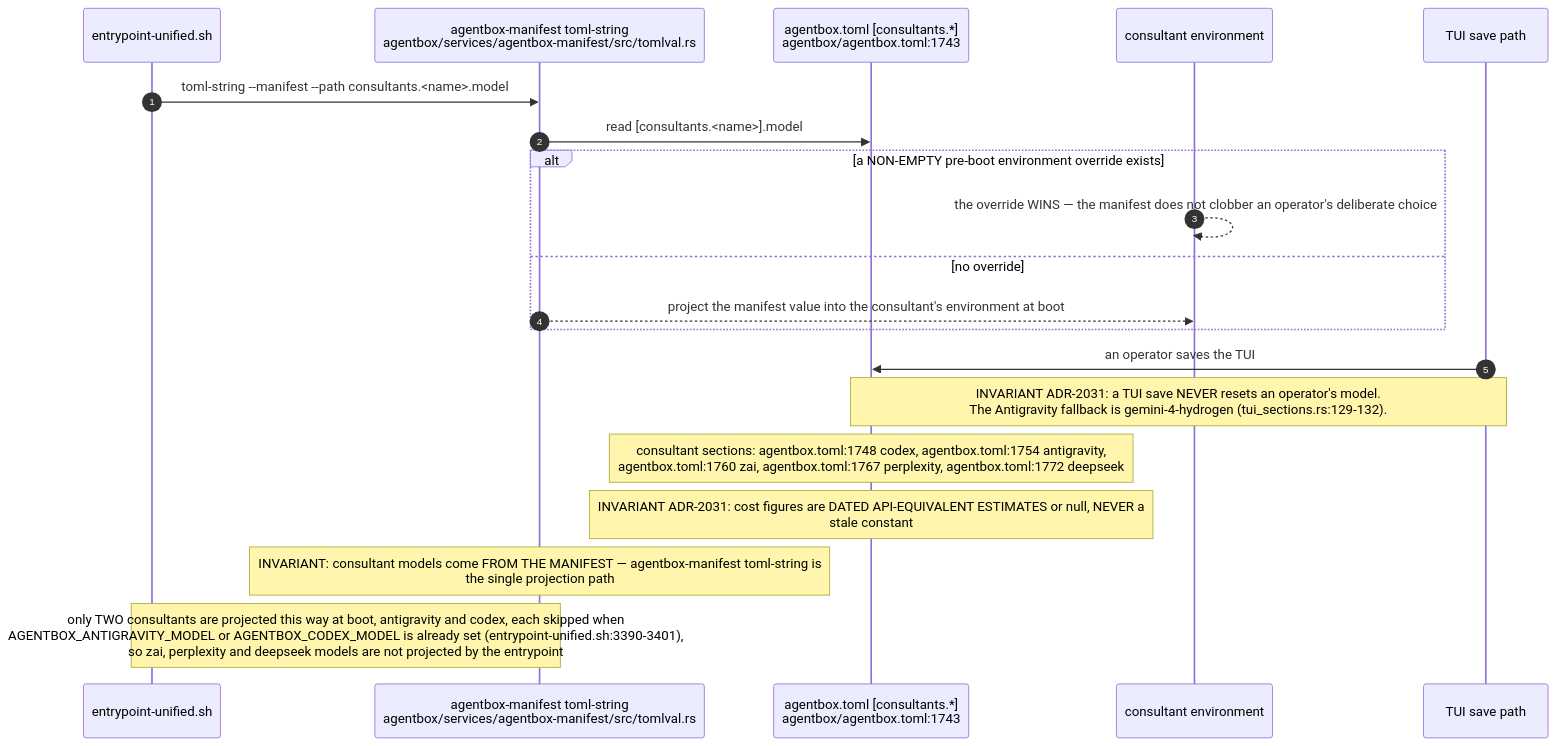
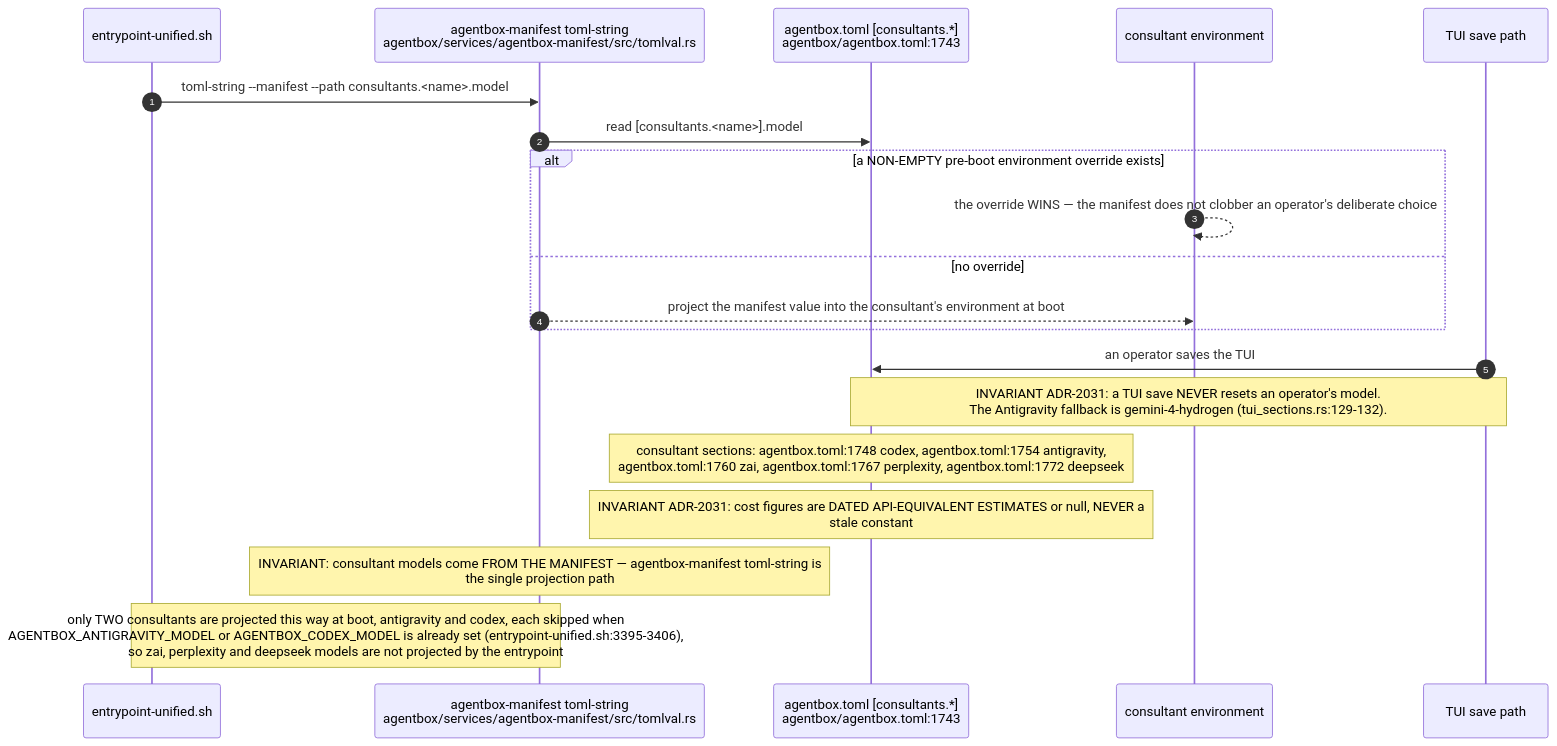
One commit to DreamLab-AI/VisionFlow changed the third of 11 diagrams in docs/diagrams/agentbox/28-agentbox-services-and-manifest-binary.md. Above: the diagram before and after it, drawn with Mermaid. The commit also changed other lines of this file and 6 other files, not shown here.

First line of the commit message:
docs(diagrams): agentbox pass B at agentbox 1ea5494 (PRs #52, #53)

````diff
--- a/docs/diagrams/agentbox/28-agentbox-services-and-manifest-binary.md
+++ b/docs/diagrams/agentbox/28-agentbox-services-and-manifest-binary.md
@@ -197,23 +200,23 @@
 ```mermaid
 sequenceDiagram
     autonumber
     participant EP as entrypoint-unified.sh
     participant BIN as agentbox-manifest toml-string<br/>agentbox/services/agentbox-manifest/src/tomlval.rs
     participant TOML as agentbox.toml [consultants.*]<br/>agentbox/agentbox.toml:1743
     participant ENV as consultant environment
     participant TUI as TUI save path
 
     EP->>BIN: toml-string --manifest --path consultants.<name>.model
     BIN->>TOML: read [consultants.<name>].model
     alt a NON-EMPTY pre-boot environment override exists
         ENV-->>ENV: the override WINS — the manifest does not clobber an operator's deliberate choice
     else no override
         BIN-->>ENV: project the manifest value into the consultant's environment at boot
     end
     TUI->>TOML: an operator saves the TUI
     Note over TUI,TOML: INVARIANT ADR-2031: a TUI save NEVER resets an operator's model.<br/>The Antigravity fallback is gemini-4-hydrogen (tui_sections.rs:129-132).
     Note over TOML: consultant sections: agentbox.toml:1748 codex, agentbox.toml:1754 antigravity,<br/>agentbox.toml:1760 zai, agentbox.toml:1767 perplexity, agentbox.toml:1772 deepseek
     Note over TOML: INVARIANT ADR-2031: cost figures are DATED API-EQUIVALENT ESTIMATES or null, NEVER a<br/>stale constant
     Note over BIN: INVARIANT: consultant models come FROM THE MANIFEST — agentbox-manifest toml-string is<br/>the single projection path
-    Note over EP,BIN: only TWO consultants are projected this way at boot, antigravity and codex, each skipped when<br/>AGENTBOX_ANTIGRAVITY_MODEL or AGENTBOX_CODEX_MODEL is already set (entrypoint-unified.sh:3390-3401),<br/>so zai, perplexity and deepseek models are not projected by the entrypoint
+    Note over EP,BIN: only TWO consultants are projected this way at boot, antigravity and codex, each skipped when<br/>AGENTBOX_ANTIGRAVITY_MODEL or AGENTBOX_CODEX_MODEL is already set (entrypoint-unified.sh:3395-3406),<br/>so zai, perplexity and deepseek models are not projected by the entrypoint
 ```
````
